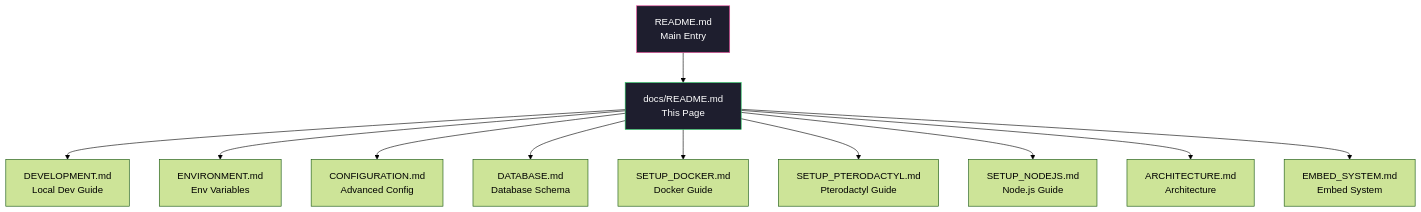
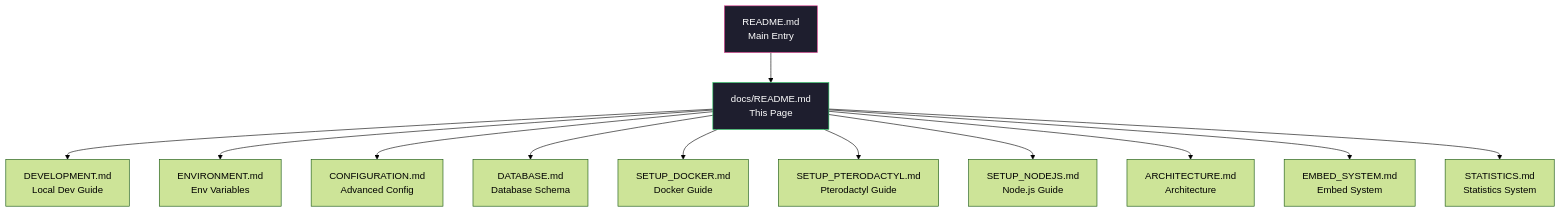
Before and after one commit to LinyaVT/LinyaShare: the diagram in docs/README.md, drawn with Mermaid (forest theme). The commit also changed other lines of this file and 17 other files, not shown here.

First line of the commit message:
Add statistics system & admin dashboard

````diff
--- a/docs/README.md
+++ b/docs/README.md
@@ -16,16 +16,17 @@
 ```mermaid
 graph TD
     MAIN[README.md<br/>Main Entry] --> WIKI[docs/README.md<br/>This Page]
     WIKI --> DEV[DEVELOPMENT.md<br/>Local Dev Guide]
     WIKI --> ENV[ENVIRONMENT.md<br/>Env Variables]
     WIKI --> CFG[CONFIGURATION.md<br/>Advanced Config]
     WIKI --> DB[DATABASE.md<br/>Database Schema]
     WIKI --> DOCKER[SETUP_DOCKER.md<br/>Docker Guide]
     WIKI --> PTERO[SETUP_PTERODACTYL.md<br/>Pterodactyl Guide]
     WIKI --> NODE[SETUP_NODEJS.md<br/>Node.js Guide]
     WIKI --> ARCH[ARCHITECTURE.md<br/>Architecture]
     WIKI --> EMBED[EMBED_SYSTEM.md<br/>Embed System]
+    WIKI --> STAT[STATISTICS.md<br/>Statistics System]
 
     style MAIN fill:#1e1e2e,stroke:#ec4899,color:#fff
     style WIKI fill:#1e1e2e,stroke:#22c55e,color:#fff
 ```
````
